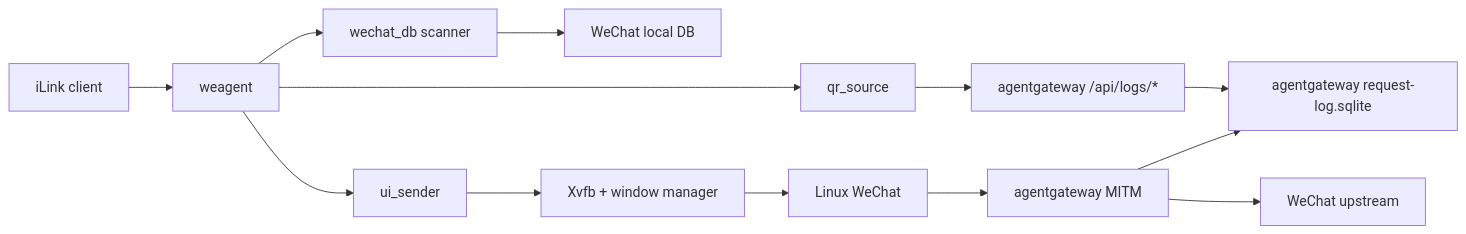
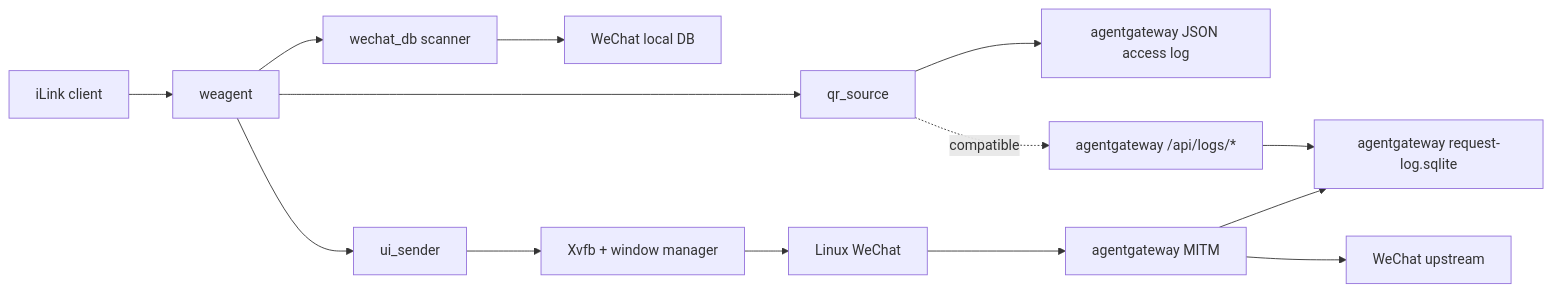
The diagram in docs/architecture.md (netcat-ai/webox), drawn with Mermaid before and after one commit. The commit also changed other lines of this file and 6 other files, not shown here.

Commit message:
Capture qrcode from agentgateway access log

````diff
--- a/docs/architecture.md
+++ b/docs/architecture.md
@@ -26,19 +26,20 @@
 ```mermaid
 flowchart LR
   Client["iLink client"] --> Agent["weagent"]
 
   Agent --> QRSource["qr_source"]
-  QRSource --> AGAPI["agentgateway /api/logs/*"]
+  QRSource --> AGLOG["agentgateway JSON access log"]
+  QRSource -. compatible .-> AGAPI["agentgateway /api/logs/*"]
   AGAPI --> AGDB["agentgateway request-log.sqlite"]
 
   Agent --> DBScanner["wechat_db scanner"]
   DBScanner --> WXDB["WeChat local DB"]
 
   Agent --> UISender["ui_sender"]
   UISender --> Display["Xvfb + window manager"]
   Display --> WeChat["Linux WeChat"]
 
   WeChat --> AGW["agentgateway MITM"]
   AGW --> WXNet["WeChat upstream"]
   AGW --> AGDB
 ```
````
